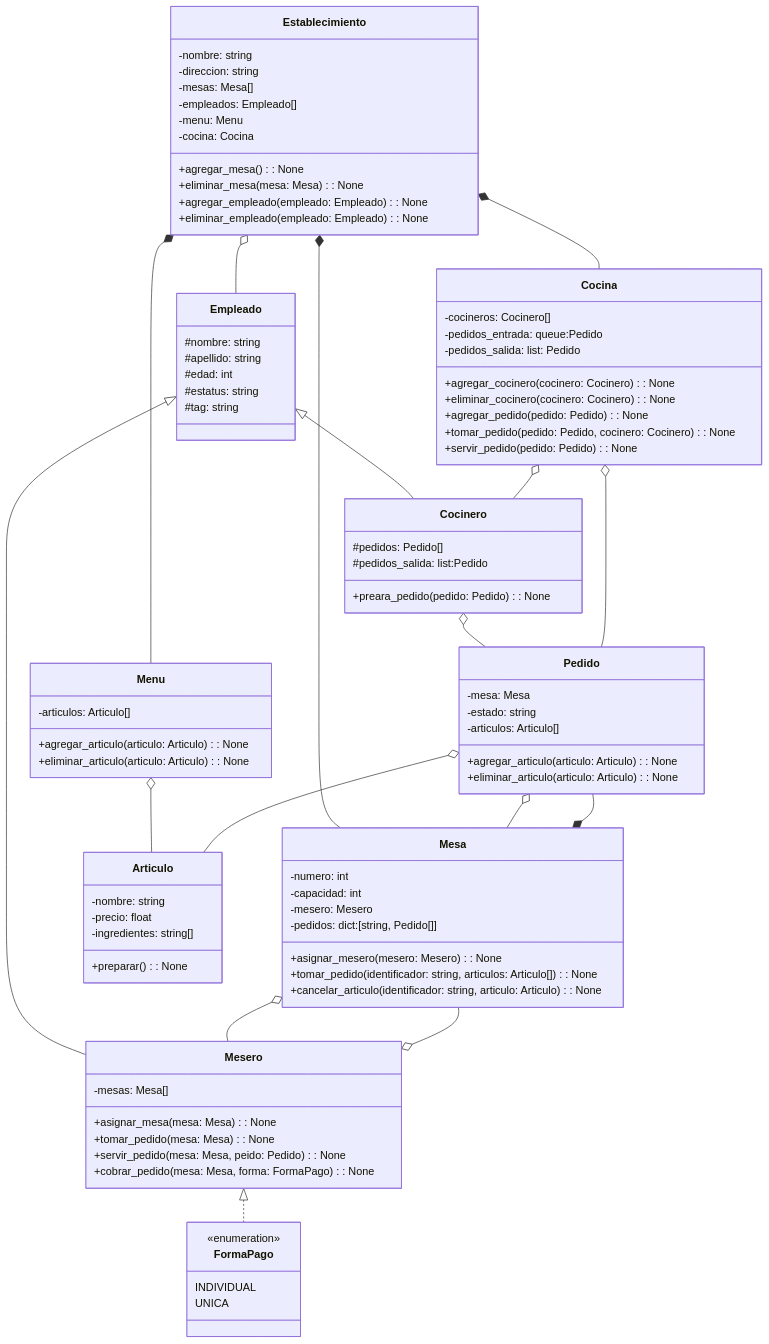
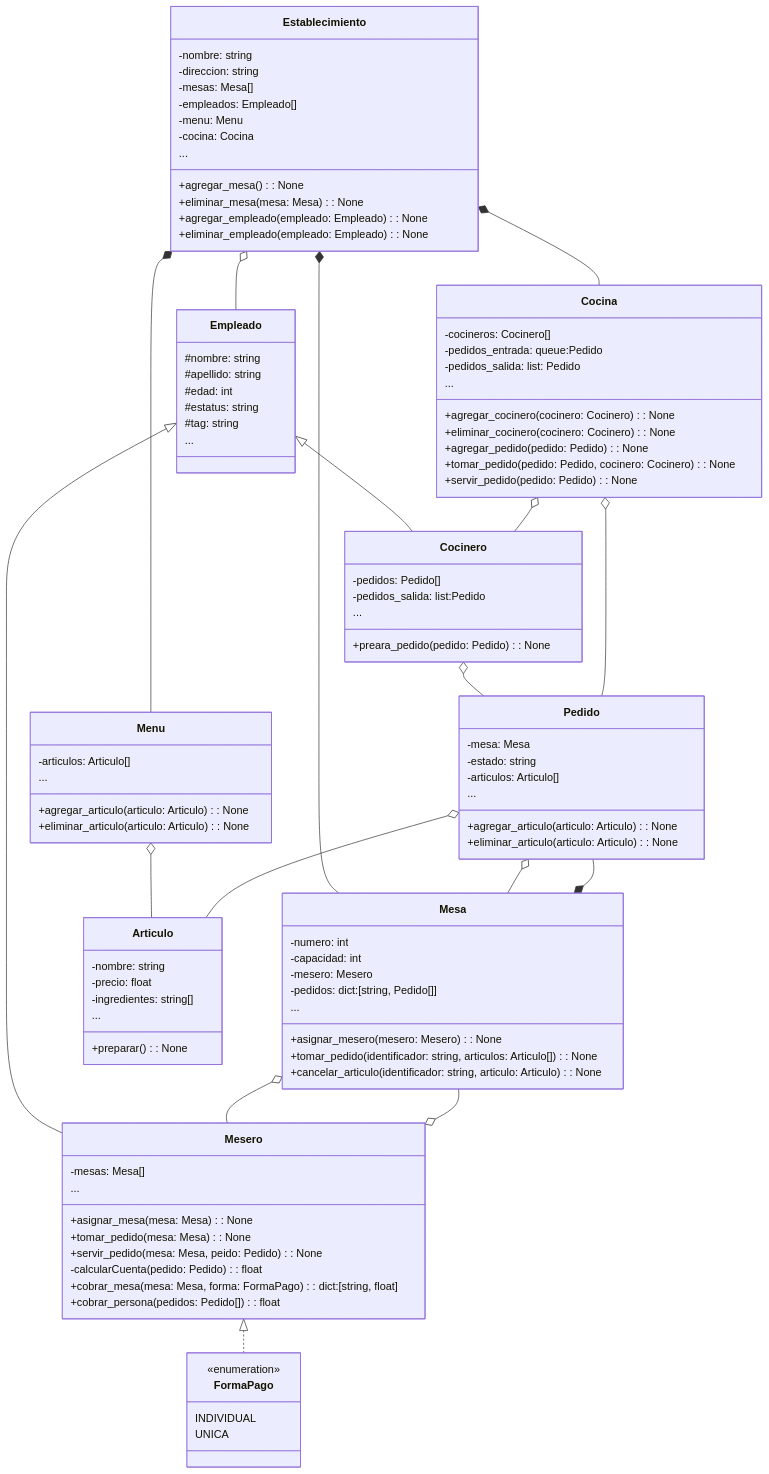
Before and after one commit to joseAcevesG/SOFT_RESTAURANT: the diagram in UML.md, drawn with Mermaid.

```diff
--- a/UML.md
+++ b/UML.md
@@ -15,6 +15,7 @@
         +eliminar_mesa(mesa: Mesa): None
         +agregar_empleado(empleado: Empleado) : None
         +eliminar_empleado(empleado: Empleado) : None
+        ...
     }
 
     class Cocina{
@@ -26,6 +27,7 @@
         +agregar_pedido(pedido: Pedido): None
         +tomar_pedido(pedido: Pedido, cocinero: Cocinero): None
         +servir_pedido(pedido: Pedido): None
+        ...
     }
 
     class Empleado{
@@ -34,12 +36,14 @@
         #edad: int
         #estatus: string
         #tag: string
+        ...
     }
 
     class Cocinero{
-        #pedidos: Pedido[]
-        #pedidos_salida: list:Pedido
+        -pedidos: Pedido[]
+        -pedidos_salida: list:Pedido
         +preara_pedido(pedido: Pedido): None
+        ...
     }
 
     class Pedido{
@@ -48,12 +52,14 @@
         -articulos: Articulo[]
         +agregar_articulo(articulo: Articulo): None
         +eliminar_articulo(articulo: Articulo): None
+        ...
     }
 
     class Menu{
         -articulos: Articulo[]
         +agregar_articulo(articulo: Articulo): None
         +eliminar_articulo(articulo: Articulo): None
+        ...
     }
 
     class Mesa{
@@ -64,6 +70,7 @@
         +asignar_mesero(mesero: Mesero): None
         +tomar_pedido(identificador: string, articulos: Articulo[]): None
         +cancelar_articulo(identificador: string, articulo: Articulo): None
+        ...
     }
 
 
@@ -72,6 +79,7 @@
         -precio: float
         -ingredientes: string[]
         +preparar(): None
+        ...
     }
 
     class Mesero{
@@ -79,7 +87,10 @@
         +asignar_mesa(mesa: Mesa): None
         +tomar_pedido(mesa: Mesa): None
         +servir_pedido(mesa: Mesa, peido: Pedido): None
-        +cobrar_pedido(mesa: Mesa, forma: FormaPago): None
+        -calcularCuenta(pedido: Pedido): float
+        +cobrar_mesa(mesa: Mesa, forma: FormaPago): dict:[string, float]
+        +cobrar_persona(pedidos: Pedido[]): float
+        ...
     }
 
     class FormaPago{
```
